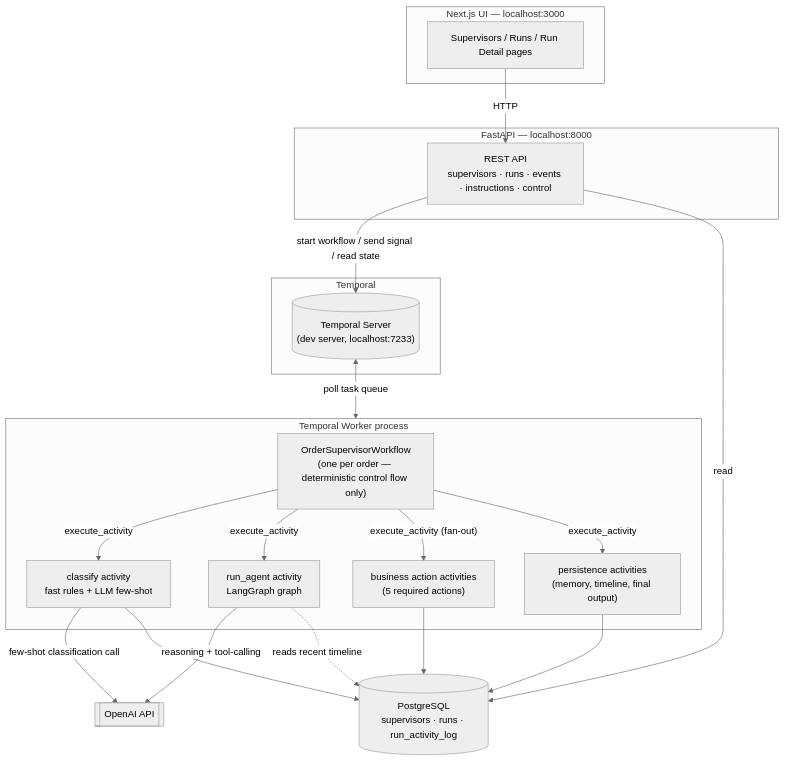
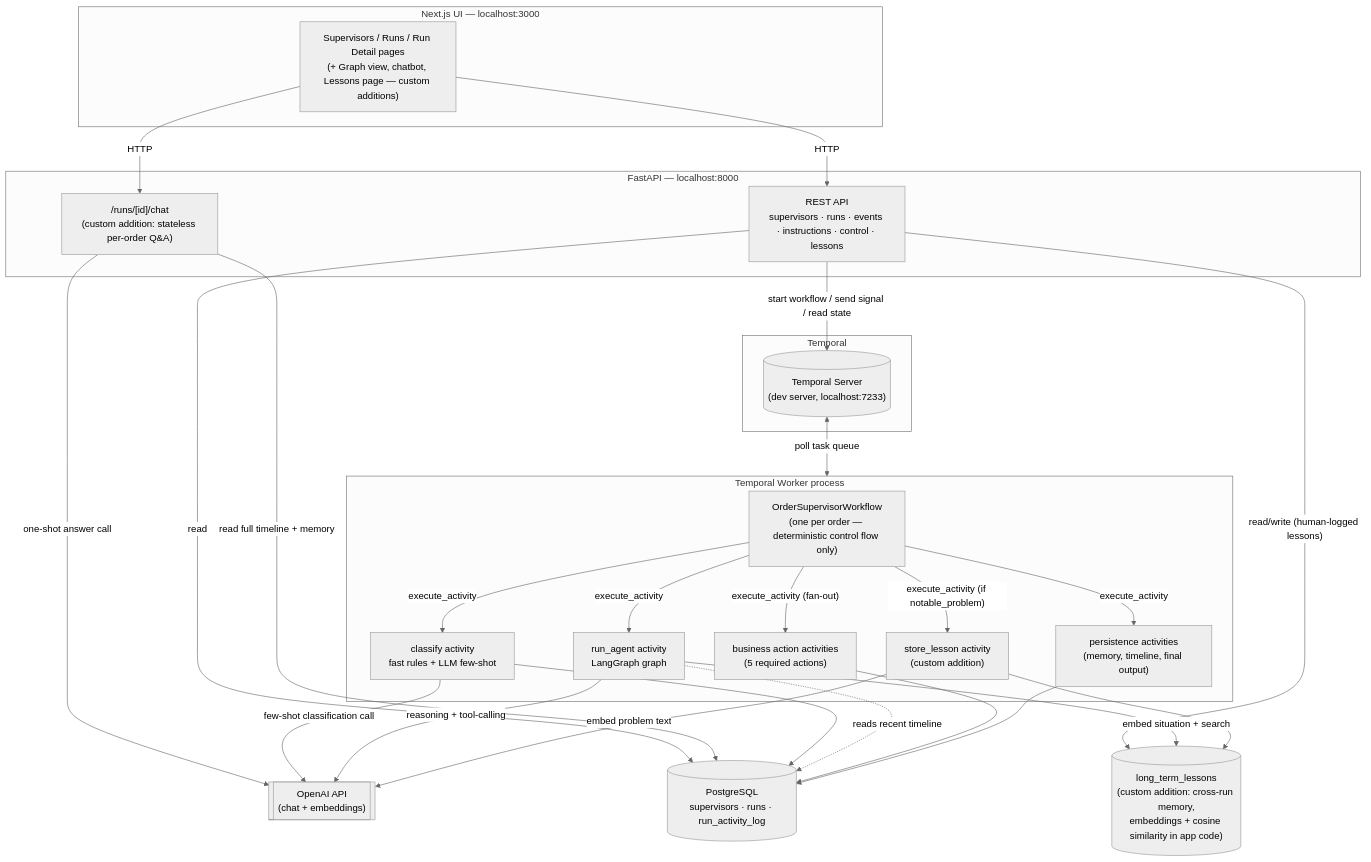
Before and after one commit to VaibhavDangaich/Sagepilot: the first of 2 diagrams in README.md, drawn with Mermaid (neutral theme). The commit also changed other lines of this file and 28 other files, not shown here.

Commit message:
added lessons tab,graph view fixes and a refined node inspector panel and readme changes

````diff
--- a/README.md
+++ b/README.md
@@ -21,40 +21,51 @@
 ```mermaid
 flowchart TB
     subgraph Frontend["Next.js UI — localhost:3000"]
-        UI["Supervisors / Runs / Run Detail pages"]
+        UI["Supervisors / Runs / Run Detail pages\n(+ Graph view, chatbot, Lessons page — custom additions)"]
     end
 
     subgraph API["FastAPI — localhost:8000"]
-        REST["REST API\nsupervisors · runs · events · instructions · control"]
+        REST["REST API\nsupervisors · runs · events · instructions · control · lessons"]
+        Chat["/runs/[id]/chat\n(custom addition: stateless per-order Q&A)"]
     end
 
     subgraph TemporalCluster["Temporal"]
         Server[("Temporal Server\n(dev server, localhost:7233)")]
     end
 
     subgraph WorkerProc["Temporal Worker process"]
         WF["OrderSupervisorWorkflow\n(one per order — deterministic control flow only)"]
         Classify["classify activity\nfast rules + LLM few-shot"]
         Agent["run_agent activity\nLangGraph graph"]
         Actions["business action activities\n(5 required actions)"]
         Persist["persistence activities\n(memory, timeline, final output)"]
+        StoreLesson["store_lesson activity\n(custom addition)"]
     end
 
     DB[("PostgreSQL\nsupervisors · runs · run_activity_log")]
-    OpenAI[["OpenAI API"]]
+    Lessons[("long_term_lessons\n(custom addition: cross-run memory,\nembeddings + cosine similarity in app code)")]
+    OpenAI[["OpenAI API\n(chat + embeddings)"]]
 
     UI -- "HTTP" --> REST
+    UI -- "HTTP" --> Chat
     REST -- "start workflow / send signal / read state" --> Server
     REST -- "read" --> DB
+    REST -- "read/write (human-logged lessons)" --> Lessons
+    Chat -- "read full timeline + memory" --> DB
+    Chat -- "one-shot answer call" --> OpenAI
     Server <-- "poll task queue" --> WorkerProc
     WF -- "execute_activity" --> Classify
     WF -- "execute_activity" --> Agent
     WF -- "execute_activity (fan-out)" --> Actions
     WF -- "execute_activity" --> Persist
+    WF -- "execute_activity (if notable_problem)" --> StoreLesson
     Classify -- "few-shot classification call" --> OpenAI
     Agent -- "reasoning + tool-calling" --> OpenAI
+    Agent -- "embed situation + search" --> Lessons
+    StoreLesson -- "embed problem text" --> OpenAI
+    StoreLesson --> Lessons
     Classify --> DB
     Agent -.->|"reads recent timeline"| DB
     Actions --> DB
     Persist --> DB
 ```
````
